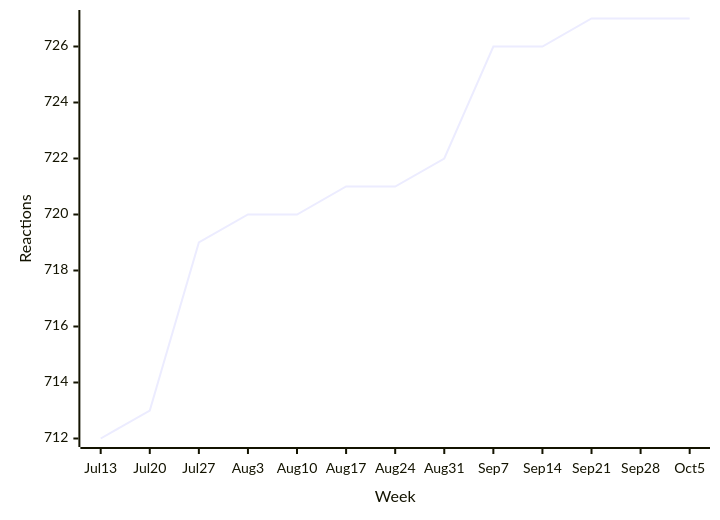
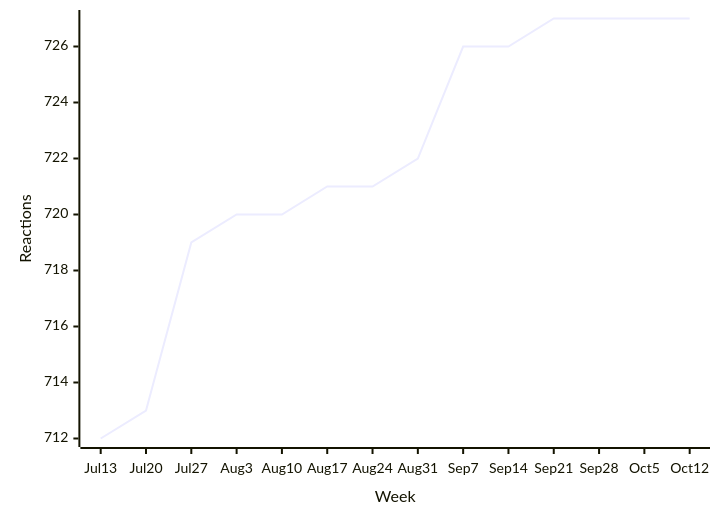
One commit to loic-sharma/github-insights changed the ninth of 35 diagrams in README.md. Above: the diagram before and after it, drawn with Mermaid. The commit also changed other lines of this file and 3 other files, not shown here.

````diff
--- a/README.md
+++ b/README.md
@@ -460,6 +460,6 @@
   ```mermaid
   xychart-beta
-    x-axis "Week" [Jul 13, Jul 20, Jul 27, Aug 3, Aug 10, Aug 17, Aug 24, Aug 31, Sep 7, Sep 14, Sep 21, Sep 28, Oct 5]
+    x-axis "Week" [Jul 13, Jul 20, Jul 27, Aug 3, Aug 10, Aug 17, Aug 24, Aug 31, Sep 7, Sep 14, Sep 21, Sep 28, Oct 5, Oct 12]
     y-axis "Reactions"
-    line [712, 713, 719, 720, 720, 721, 721, 722, 726, 726, 727, 727, 727]
+    line [712, 713, 719, 720, 720, 721, 721, 722, 726, 726, 727, 727, 727, 727]
   ```
````
